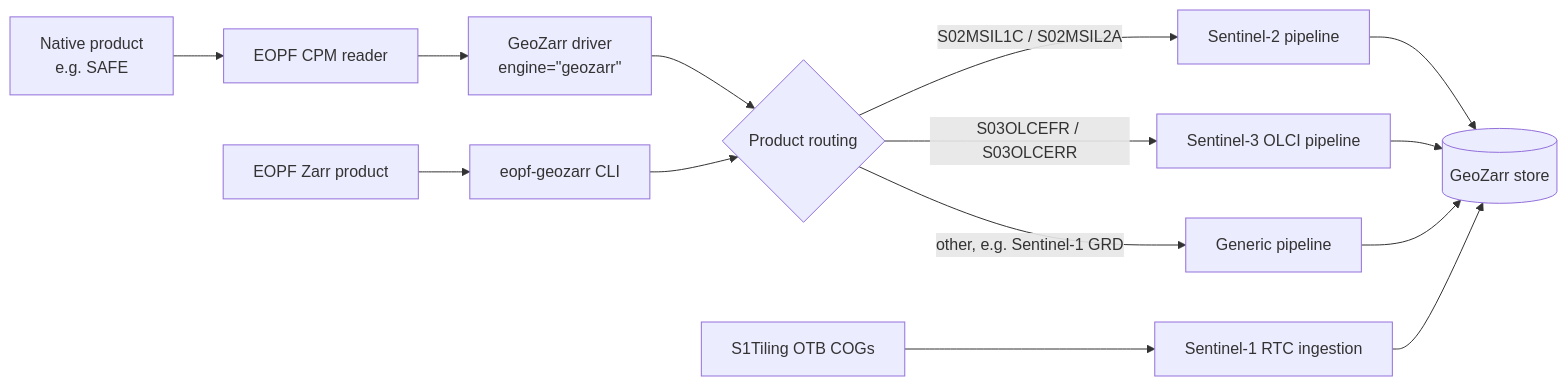
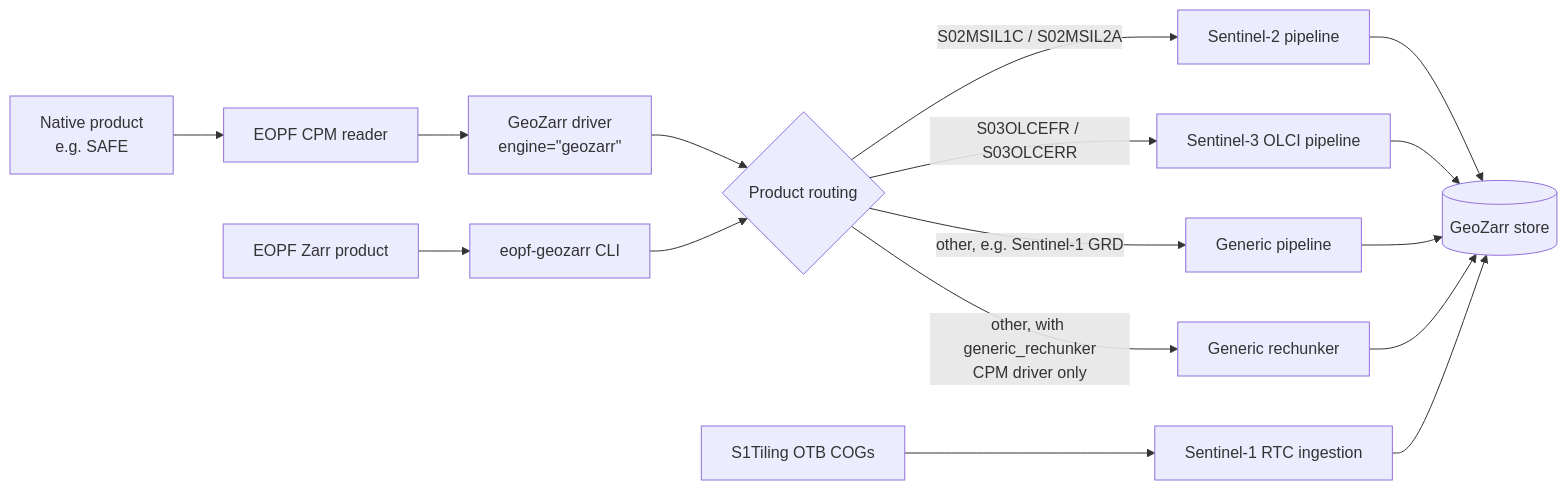
The first of 3 diagrams in docs/architecture.md (EOPF-Explorer/data-model), drawn with Mermaid before and after one commit. The commit also changed other lines of this file and 6 other files, not shown here.

First line of the commit message:
docs: document the generic rechunker and drop STAC scale fields

````diff
--- a/docs/architecture.md
+++ b/docs/architecture.md
@@ -25,15 +27,17 @@
 ```mermaid
 graph LR
     SAFE[Native product<br/>e.g. SAFE] --> CPM[EOPF CPM reader]
     CPM --> DRV["GeoZarr driver<br/>engine=&quot;geozarr&quot;"]
     ZARR[EOPF Zarr product] --> CLI[eopf-geozarr CLI]
     DRV --> ROUTE{Product routing}
     CLI --> ROUTE
     ROUTE -->|S02MSIL1C / S02MSIL2A| S2[Sentinel-2 pipeline]
     ROUTE -->|S03OLCEFR / S03OLCERR| S3[Sentinel-3 OLCI pipeline]
     ROUTE -->|other, e.g. Sentinel-1 GRD| GEN[Generic pipeline]
+    ROUTE -->|other, with generic_rechunker<br/>CPM driver only| RECH[Generic rechunker]
     S2 --> OUT[(GeoZarr store)]
     S3 --> OUT
     GEN --> OUT
+    RECH --> OUT
     TIF[S1Tiling OTB COGs] --> S1[Sentinel-1 RTC ingestion] --> OUT
 ```
````
